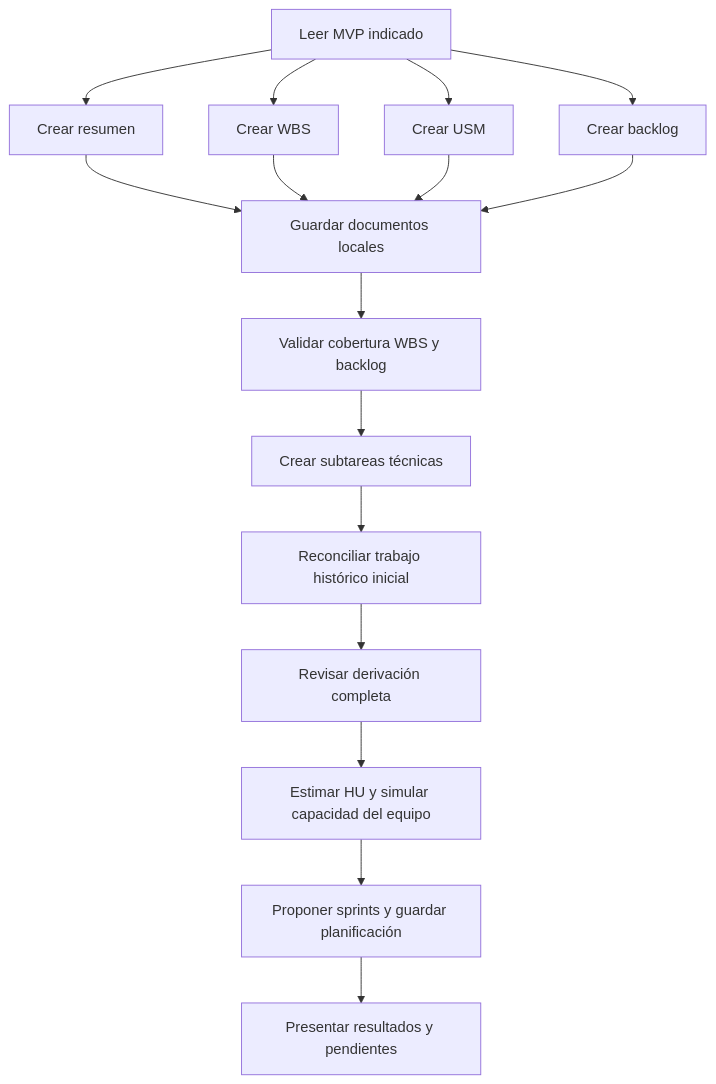
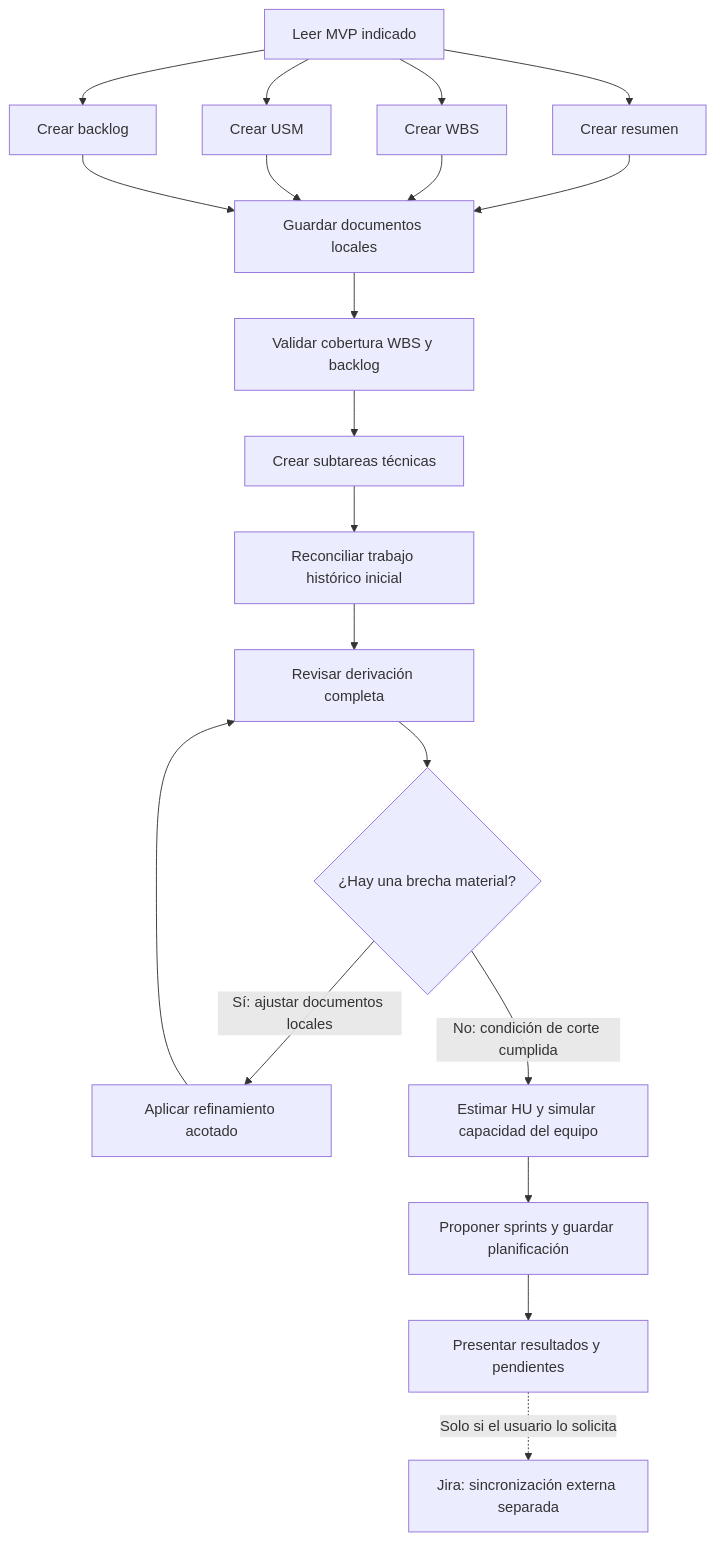
Before and after one commit to portomartin/9524: the diagram in skills/derivar-planificacion-mvp/SKILL.md, drawn with Mermaid. The commit also changed other lines of this file and 6 other files, not shown here.

````diff
--- a/skills/derivar-planificacion-mvp/SKILL.md
+++ b/skills/derivar-planificacion-mvp/SKILL.md
@@ -12,18 +12,22 @@
 ```mermaid
 flowchart TD
     A[Leer MVP indicado] --> B[Crear resumen]
     A --> C[Crear WBS]
     A --> D[Crear USM]
     A --> E[Crear backlog]
     B --> F[Guardar documentos locales]
     C --> F
     D --> F
     E --> F
     F --> G[Validar cobertura WBS y backlog]
     G --> H[Crear subtareas técnicas]
     H --> I[Reconciliar trabajo histórico inicial]
     I --> J[Revisar derivación completa]
-    J --> K[Estimar HU y simular capacidad del equipo]
+    J --> R{¿Hay una brecha material?}
+    R -- "Sí: ajustar documentos locales" --> S[Aplicar refinamiento acotado]
+    S --> J
+    R -- "No: condición de corte cumplida" --> K[Estimar HU y simular capacidad del equipo]
     K --> L[Proponer sprints y guardar planificación]
     L --> M[Presentar resultados y pendientes]
+    M -. "Solo si el usuario lo solicita" .-> N[Jira: sincronización externa separada]
 ```
````
